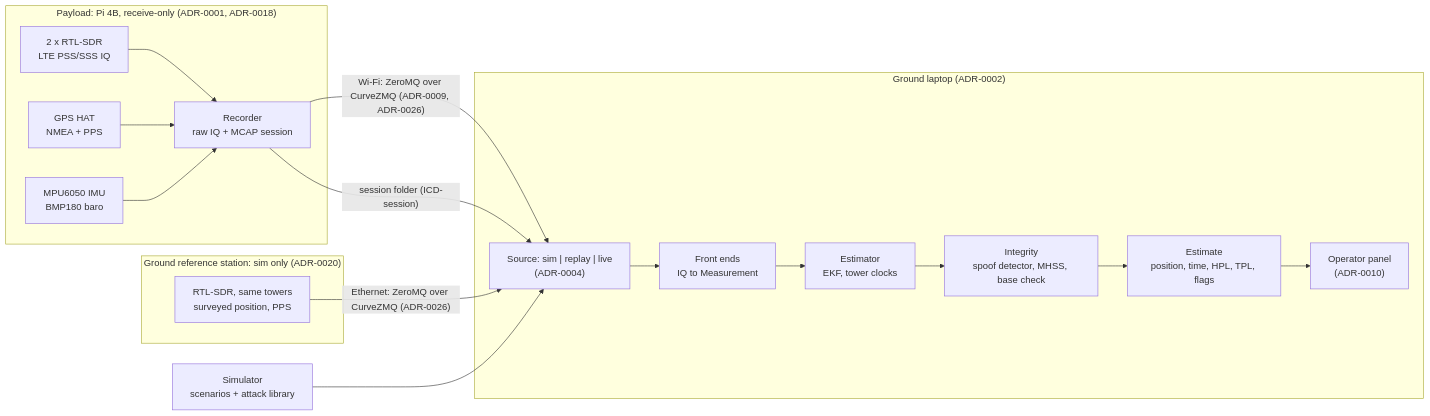
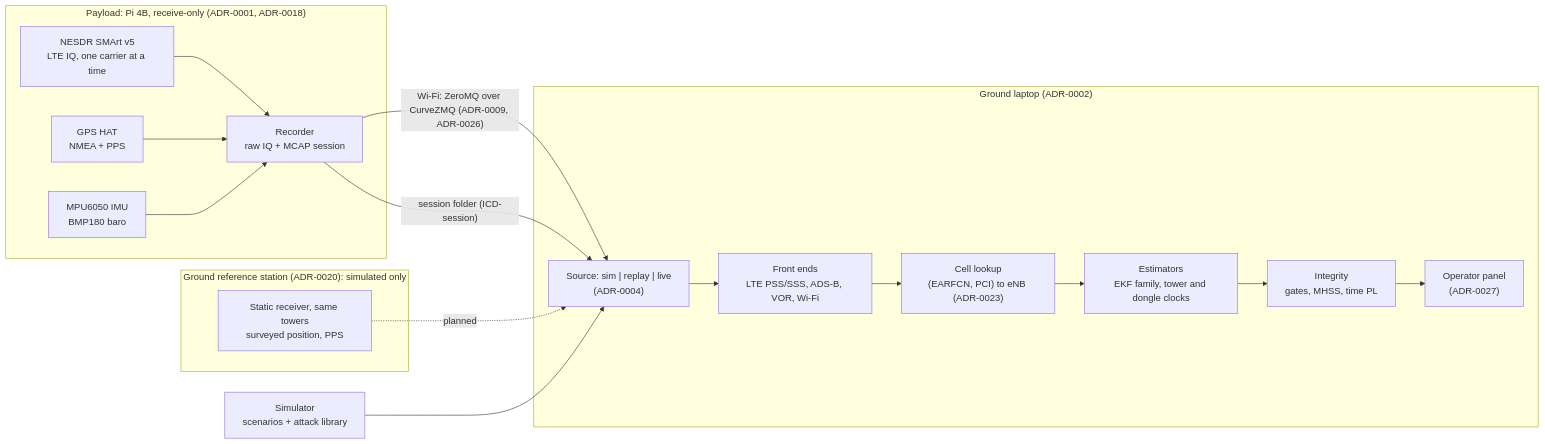
One commit to mdevstudentcu/SEAN changed the diagram in systems/architecture.md. Above: the diagram before and after it, drawn with Mermaid. The commit also changed other lines of this file and 1 other file, not shown here.

First line of the commit message:
docs(systems): bring D1 up to the architecture as built

````diff
--- a/systems/architecture.md
+++ b/systems/architecture.md
@@ -26,28 +29,28 @@
 ```mermaid
 flowchart LR
   subgraph PAY["Payload: Pi 4B, receive-only (ADR-0001, ADR-0018)"]
-    SDR["2 x RTL-SDR<br/>LTE PSS/SSS IQ"]
+    SDR["NESDR SMArt v5<br/>LTE IQ, one carrier at a time"]
     GPS["GPS HAT<br/>NMEA + PPS"]
     SENS["MPU6050 IMU<br/>BMP180 baro"]
     REC["Recorder<br/>raw IQ + MCAP session"]
     SDR --> REC
     GPS --> REC
     SENS --> REC
   end
-  subgraph BASE["Ground reference station: sim only (ADR-0020)"]
-    BSDR["RTL-SDR, same towers<br/>surveyed position, PPS"]
+  subgraph BASE["Ground reference station (ADR-0020): simulated only"]
+    BSDR["Static receiver, same towers<br/>surveyed position, PPS"]
   end
   subgraph GND["Ground laptop (ADR-0002)"]
     SRC["Source: sim | replay | live<br/>(ADR-0004)"]
-    FE["Front ends<br/>IQ to Measurement"]
-    NAV["Estimator<br/>EKF, tower clocks"]
-    INT["Integrity<br/>spoof detector, MHSS, base check"]
-    OUT["Estimate<br/>position, time, HPL, TPL, flags"]
-    DASH["Operator panel<br/>(ADR-0010)"]
-    SRC --> FE --> NAV --> INT --> OUT --> DASH
+    FE["Front ends<br/>LTE PSS/SSS, ADS-B, VOR, Wi-Fi"]
+    LUT["Cell lookup<br/>(EARFCN, PCI) to eNB (ADR-0023)"]
+    NAV["Estimators<br/>EKF family, tower and dongle clocks"]
+    INT["Integrity<br/>gates, MHSS, time PL"]
+    DASH["Operator panel<br/>(ADR-0027)"]
+    SRC --> FE --> LUT --> NAV --> INT --> DASH
   end
   REC -- "Wi-Fi: ZeroMQ over CurveZMQ (ADR-0009, ADR-0026)" --> SRC
   REC -- "session folder (ICD-session)" --> SRC
-  BSDR -- "Ethernet: ZeroMQ over CurveZMQ (ADR-0026)" --> SRC
+  BSDR -. "planned" .-> SRC
   SIM["Simulator<br/>scenarios + attack library"] --> SRC
 ```
````
